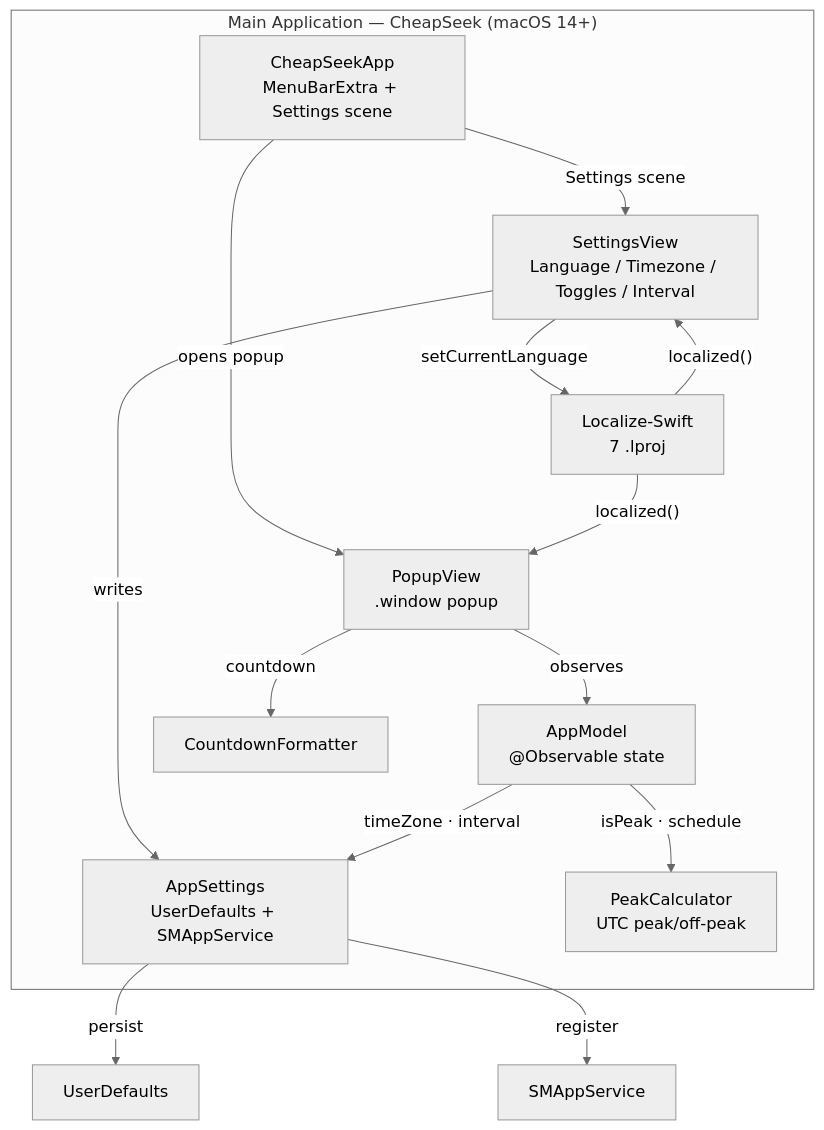
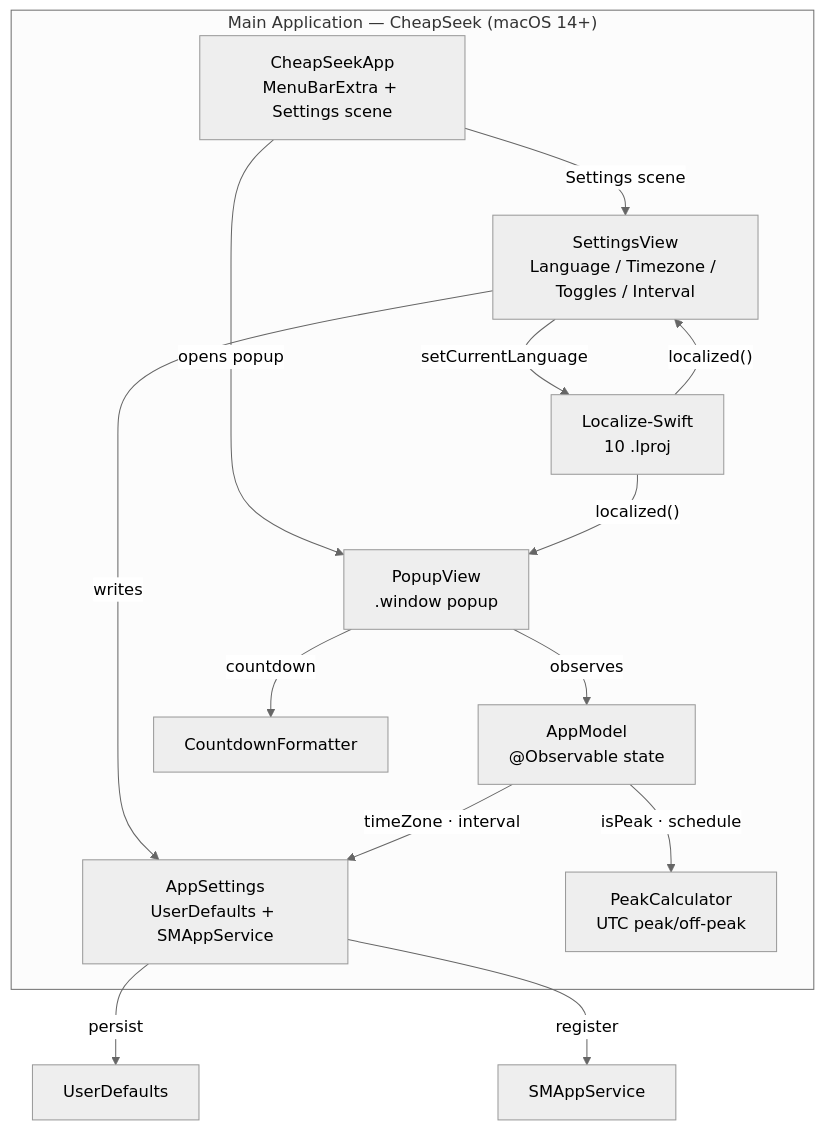
One commit to mahirfatih/cheapseek changed the diagram in README.md. Above: the diagram before and after it, drawn with Mermaid (neutral theme). The commit also changed other lines of this file and 27 other files, not shown here.

````diff
--- a/README.md
+++ b/README.md
@@ -46,26 +46,26 @@
 ```mermaid
 graph TD
     subgraph App["Main Application — CheapSeek (macOS 14+)"]
         Entry["CheapSeekApp<br/>MenuBarExtra + Settings scene"]
         Popup["PopupView<br/>.window popup"]
         Settings["SettingsView<br/>Language / Timezone / Toggles / Interval"]
         Model["AppModel<br/>@Observable state"]
         Config["AppSettings<br/>UserDefaults + SMAppService"]
         Core["PeakCalculator<br/>UTC peak/off-peak"]
         Fmt["CountdownFormatter"]
-        L10n["Localize-Swift<br/>7 .lproj"]
+        L10n["Localize-Swift<br/>10 .lproj"]
     end
 
     Entry -->|"opens popup"| Popup
     Entry -->|"Settings scene"| Settings
     Popup -->|"observes"| Model
     Popup -->|"countdown"| Fmt
     Settings -->|"writes"| Config
     Settings -->|"setCurrentLanguage"| L10n
     Model -->|"isPeak · schedule"| Core
     Model -->|"timeZone · interval"| Config
     Config -->|"persist"| Store["UserDefaults"]
     Config -->|"register"| SM["SMAppService"]
     L10n -->|"localized()"| Popup
     L10n -->|"localized()"| Settings
 ```
````
